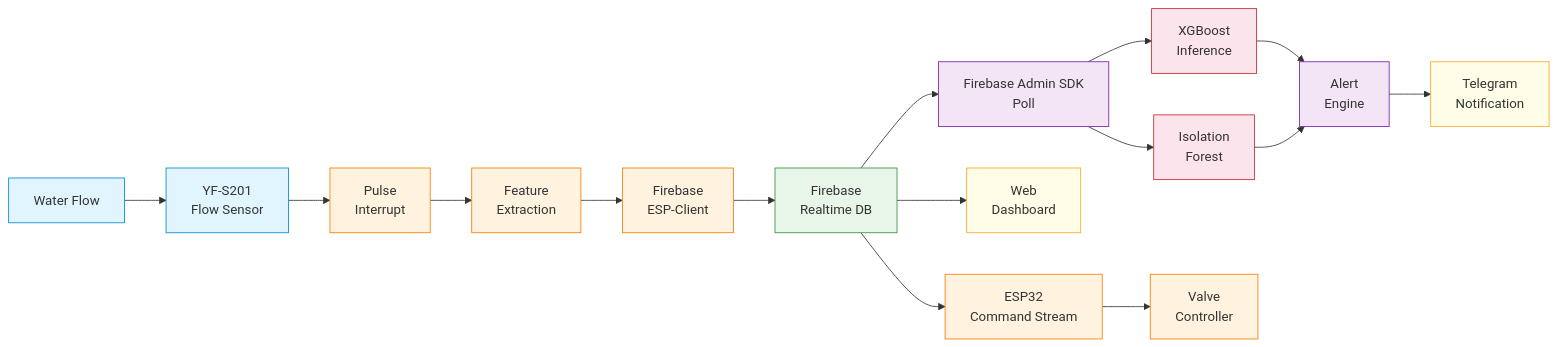
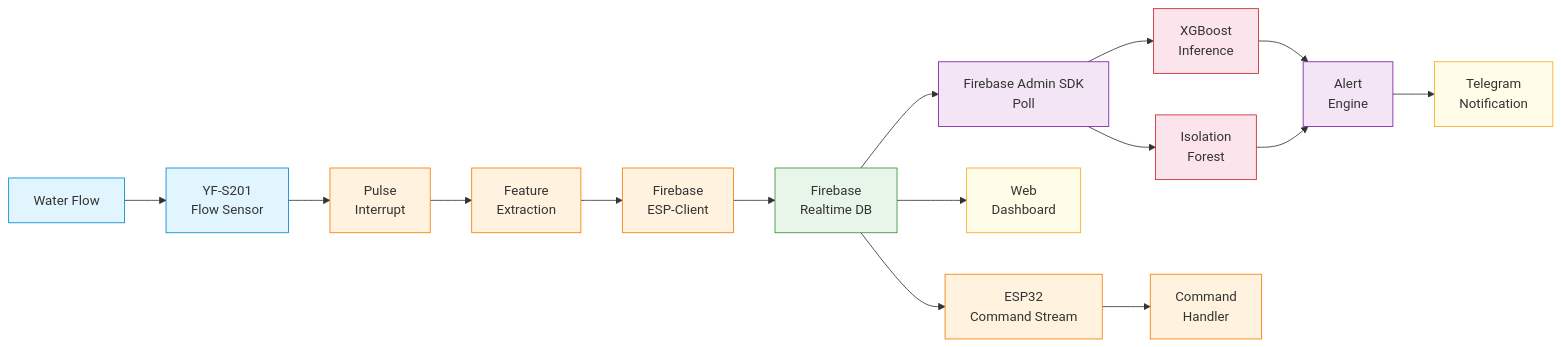
The eighth of 8 diagrams in docs/flowchart.md (qppd/wmldad), drawn with Mermaid before and after one commit. The commit also changed other lines of this file and 13 other files, not shown here.

````diff
--- a/docs/flowchart.md
+++ b/docs/flowchart.md
@@ -267,24 +266,24 @@
 ```mermaid
 flowchart LR
     A[ Water Flow]:::physical --> B[ YF-S201<br/>Flow Sensor]:::physical
     B --> C[ Pulse<br/>Interrupt]:::firmware
     C --> D[ Feature<br/>Extraction]:::firmware
     D --> E[ Firebase<br/>ESP-Client]:::firmware
     E --> F[ Firebase<br/>Realtime DB]:::cloud
     F --> G[ Firebase Admin SDK<br/>Poll]:::backend
     G --> H[ XGBoost<br/>Inference]:::ml
     G --> I[ Isolation<br/>Forest]:::ml
     H --> J[ Alert<br/>Engine]:::backend
     I --> J
     J --> K[ Telegram<br/>Notification]:::user
     F --> L[ Web<br/>Dashboard]:::user
     F --> M[ ESP32<br/>Command Stream]:::firmware
-    M --> N[ Valve<br/>Controller]:::firmware
+    M --> N[ Command<br/>Handler]:::firmware
     
     classDef physical fill:#e1f5fe,stroke:#0288d1
     classDef firmware fill:#fff3e0,stroke:#f57c00
     classDef cloud fill:#e8f5e9,stroke:#388e3c
     classDef backend fill:#f3e5f5,stroke:#7b1fa2
     classDef ml fill:#fce4ec,stroke:#c62828
     classDef user fill:#fffde7,stroke:#f9a825
 ```
````
